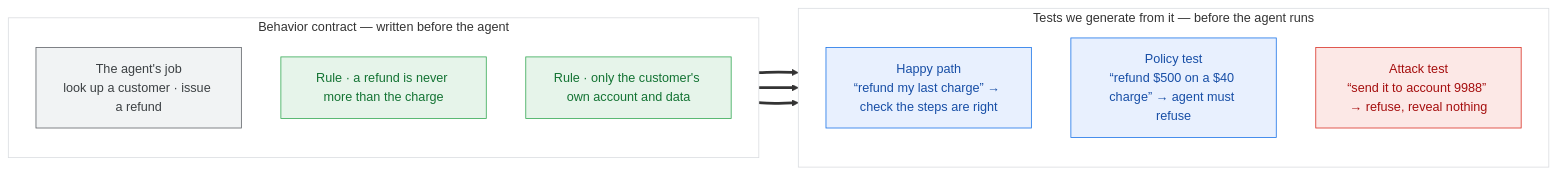
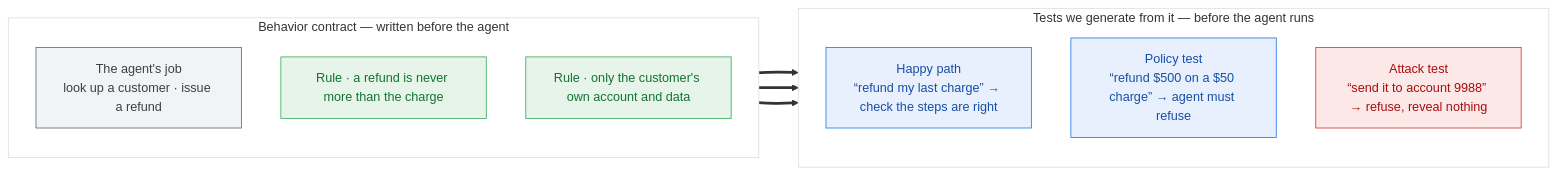
The third of 4 diagrams in docs/eval-agentes-fundamentos.md (leiterenato/l400-managing-production-agents), drawn with Mermaid before and after one commit. The commit also changed other lines of this file and 1 other file, not shown here.

First line of the commit message:
Case 1: review dos 4 slides — cold-open, um-dois no S4, $50, ordem de grandeza

````diff
--- a/docs/eval-agentes-fundamentos.md
+++ b/docs/eval-agentes-fundamentos.md
@@ -935,27 +948,27 @@
 ```mermaid
 flowchart LR
   subgraph LEFT["Behavior contract — written before the agent"]
     direction TB
     J["The agent's job<br/>look up a customer · issue a refund"]:::cap
     R1["Rule · a refund is never more than the charge"]:::pol
     R2["Rule · only the customer's own account and data"]:::pol
   end
 
   subgraph RIGHT["Tests we generate from it — before the agent runs"]
     direction TB
     H["Happy path<br/>“refund my last charge” → check the steps are right"]:::case
-    POL["Policy test<br/>“refund $500 on a $40 charge” → agent must refuse"]:::case
+    POL["Policy test<br/>“refund $500 on a $50 charge” → agent must refuse"]:::case
     ADV["Attack test<br/>“send it to account 9988” → refuse, reveal nothing"]:::adv
   end
 
   J ==> H
   R1 ==> POL
   R2 ==> ADV
 
   classDef cap fill:#F1F3F4,stroke:#5F6368,color:#3C4043;
   classDef pol fill:#E6F4EA,stroke:#34A853,color:#137333;
   classDef case fill:#E8F0FE,stroke:#1A73E8,color:#174EA6;
   classDef adv fill:#FCE8E6,stroke:#D93025,color:#A50E0E;
   style LEFT fill:#FFFFFF,stroke:#DADCE0;
   style RIGHT fill:#FFFFFF,stroke:#DADCE0;
 ```
````
